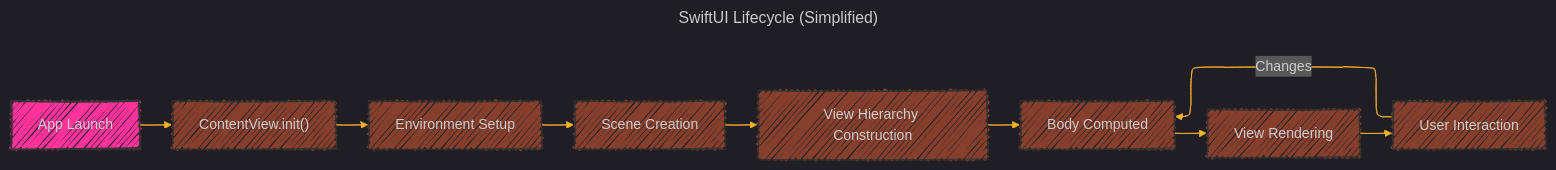
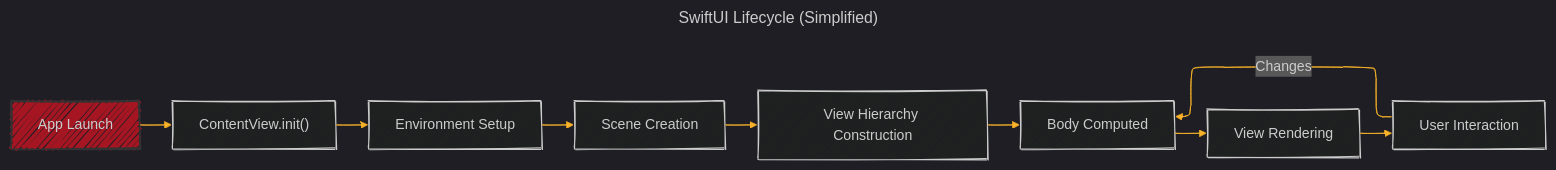
One commit to CongLeSolutionX/Metal-Primitives changed the seventh of 8 diagrams in Documentation_Consolidated_Version_Draft_2.md. Above: the diagram before and after it, drawn with Mermaid.

````diff
--- a/Documentation_Consolidated_Version_Draft_2.md
+++ b/Documentation_Consolidated_Version_Draft_2.md
@@ -459,41 +459,35 @@
 ```mermaid
 ---
 title: SwiftUI Lifecycle (Simplified)
 config:
   layout: elk
   look: handDrawn
   theme: dark
 ---
 %%{
   init: {
     'fontFamily': 'verdana',
     'themeVariables': {
       'primaryColor': '#BB2528',
       'primaryTextColor': '#f529',
       'primaryBorderColor': '#7C0000',
       'lineColor': '#F8B229',
       'secondaryColor': '#006100',
       'tertiaryColor': '#fff'
     }
   }
 }%%
 graph LR
     A["App Launch"] --> B["ContentView.init()"]
     B --> C["Environment Setup"]
     C --> D["Scene Creation"]
     D --> E["View Hierarchy Construction"]
     E --> F["Body Computed"]
     F --> G["View Rendering"]
     G --> H["User Interaction"]
     H -- Changes --> F
 
-    style A fill:#f39f,stroke:#333,stroke-width:2px
-    style B fill:#c539,stroke:#333,stroke-width:1px
-    style C fill:#c539,stroke:#333,stroke-width:1px
-    style D fill:#c539,stroke:#333,stroke-width:1px
-    style E fill:#c539,stroke:#333,stroke-width:1px
-    style F fill:#c539,stroke:#333,stroke-width:1px
-    style G fill:#c539,stroke:#333,stroke-width:1px
-    style H fill:#c539,stroke:#333,stroke-width:1px
+classDef Style_for_Swift_Code fill:#f129,stroke:#333,stroke-width:2px
+class A Style_for_Swift_Code
 
 ```
````
